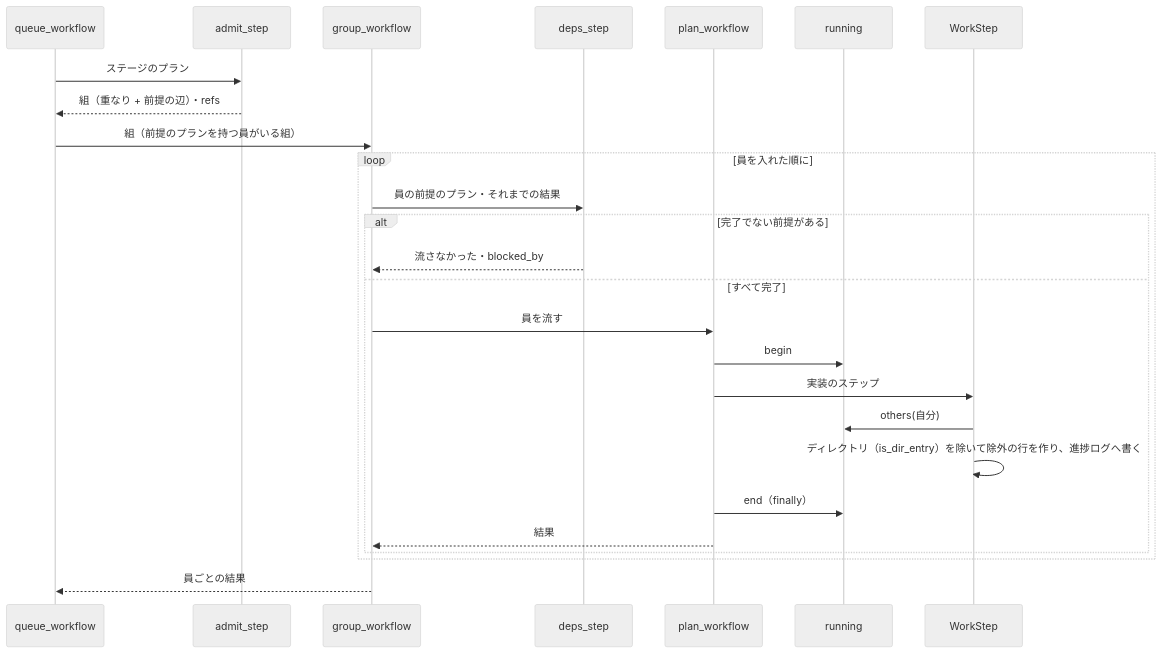
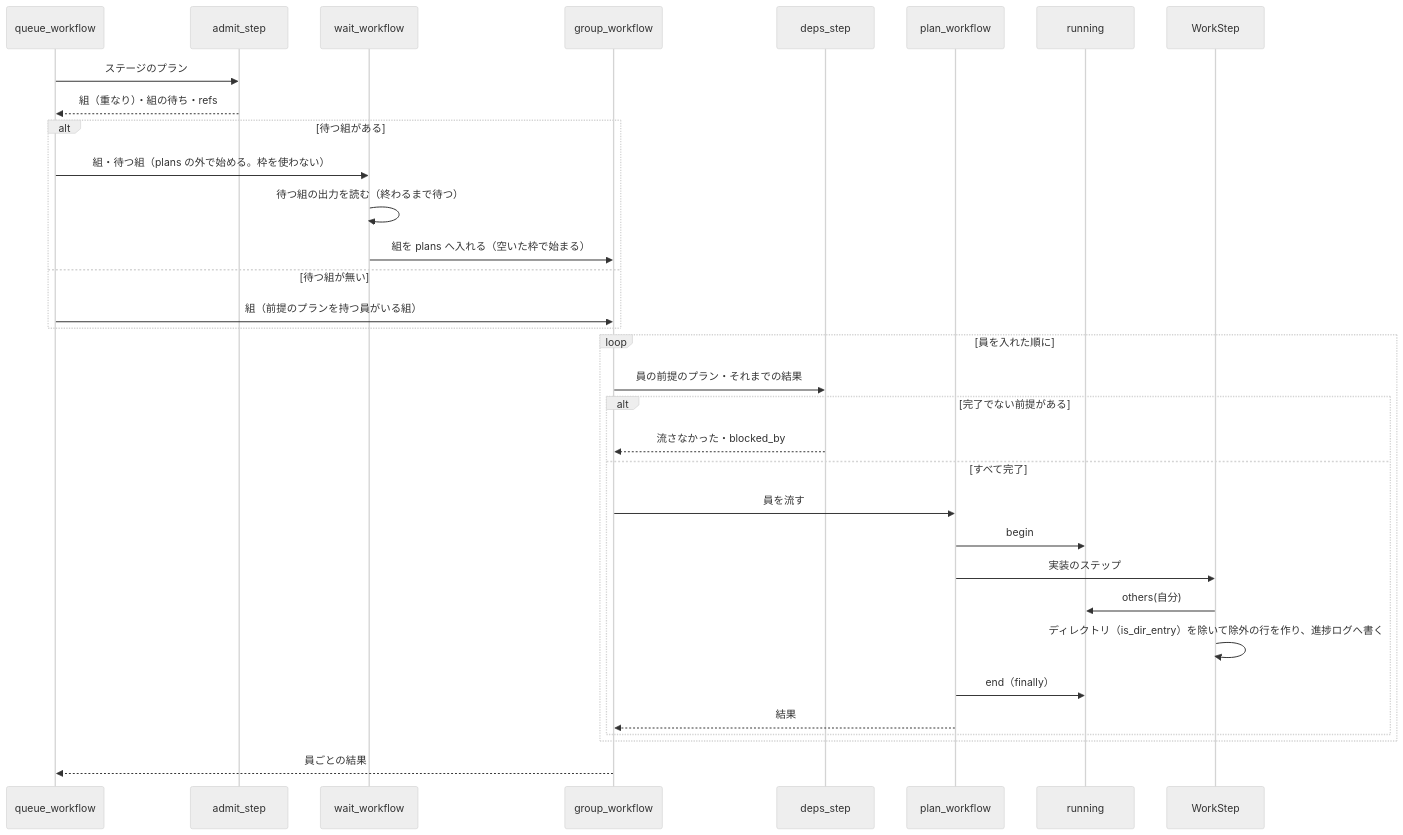
Before and after one commit to devbasex/ai-plugins: the third of 3 diagrams in issues/issue-1674-design.md, drawn with Mermaid (neutral theme). The commit also changed other lines of this file, not shown here.

````diff
--- a/issues/issue-1674-design.md
+++ b/issues/issue-1674-design.md
@@ -202,28 +204,35 @@
 ```mermaid
 sequenceDiagram
     participant QW as queue_workflow
     participant AD as admit_step
+    participant WW as wait_workflow
     participant GW as group_workflow
     participant DS as deps_step
     participant PW as plan_workflow
     participant RG as running
     participant WS as WorkStep
     QW->>AD: ステージのプラン
-    AD-->>QW: 組（重なり + 前提の辺）・refs
-    QW->>GW: 組（前提のプランを持つ員がいる組）
+    AD-->>QW: 組（重なり）・組の待ち・refs
+    alt 待つ組がある
+        QW->>WW: 組・待つ組（plans の外で始める。枠を使わない）
+        WW->>WW: 待つ組の出力を読む（終わるまで待つ）
+        WW->>GW: 組を plans へ入れる（空いた枠で始まる）
+    else 待つ組が無い
+        QW->>GW: 組（前提のプランを持つ員がいる組）
+    end
     loop 員を入れた順に
         GW->>DS: 員の前提のプラン・それまでの結果
         alt 完了でない前提がある
             DS-->>GW: 流さなかった・blocked_by
         else すべて完了
             GW->>PW: 員を流す
             PW->>RG: begin
             PW->>WS: 実装のステップ
             WS->>RG: others(自分)
             WS->>WS: ディレクトリ（is_dir_entry）を除いて除外の行を作り、進捗ログへ書く
             PW->>RG: end（finally）
             PW-->>GW: 結果
         end
     end
     GW-->>QW: 員ごとの結果
 ```
````
